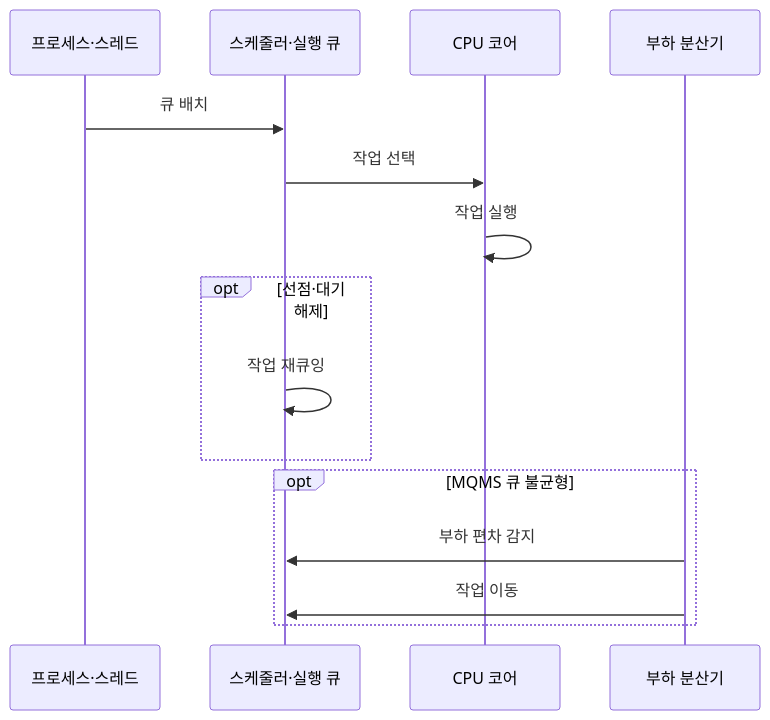
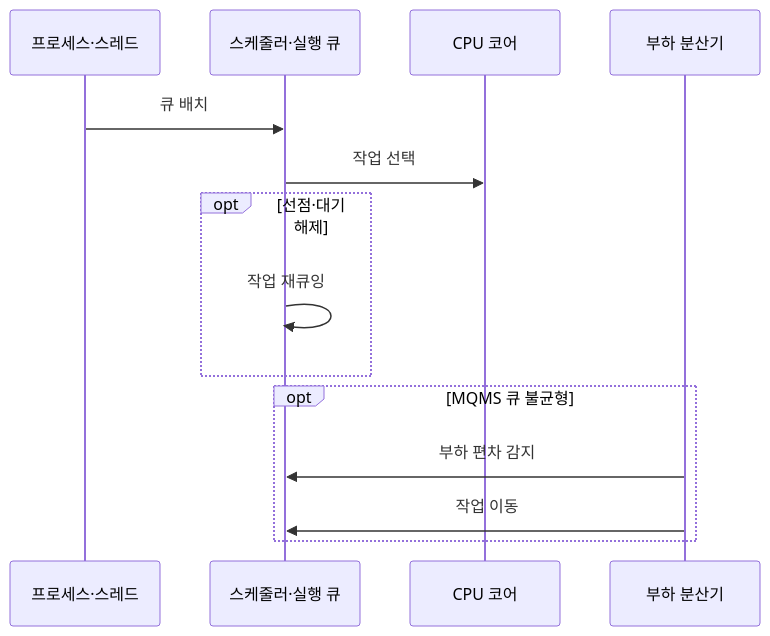
Before and after one commit to agnusdei1207/knowledge-base: the second of 2 diagrams in src/content/docs/notes/03-software/028_multiprocessor_scheduling_sqms_mqms.md, drawn with Mermaid. The commit also changed other lines of this file and 13 other files, not shown here.

````diff
--- a/src/content/docs/notes/03-software/028_multiprocessor_scheduling_sqms_mqms.md
+++ b/src/content/docs/notes/03-software/028_multiprocessor_scheduling_sqms_mqms.md
@@ -94,17 +94,16 @@
 ```mermaid
 sequenceDiagram
     participant T as 프로세스·스레드
     participant S as 스케줄러·실행 큐
     participant C as CPU 코어
     participant B as 부하 분산기
     T->>S: 큐 배치
     S->>C: 작업 선택
-    C->>C: 작업 실행
     opt 선점·대기 해제
         S->>S: 작업 재큐잉
     end
     opt MQMS 큐 불균형
         B->>S: 부하 편차 감지
         B->>S: 작업 이동
     end
 ```
````
